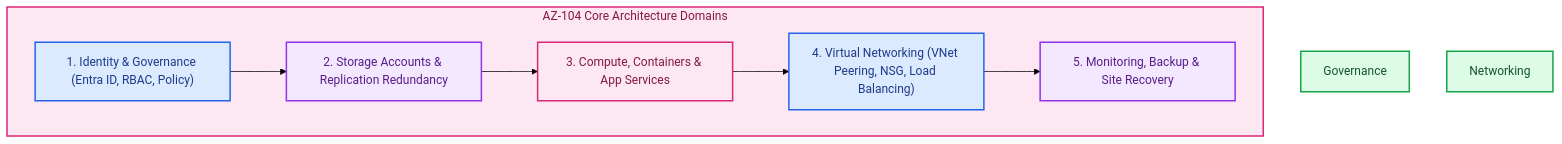
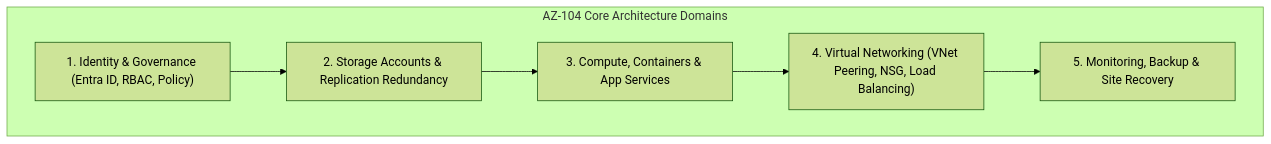
Before and after one commit to RobinaMirbahar/AZ-104-Microsoft-Azure-Administrator-Study-Guide: the diagram in README.md, drawn with Mermaid (forest theme).

Commit message:
docs: revert Mermaid color overrides for crisp native GitHub rendering and consolidate header

````diff
--- a/README.md
+++ b/README.md
@@ -33,19 +33,11 @@
 ```mermaid
 flowchart TD
     subgraph Domains ["AZ-104 Core Architecture Domains"]
         D1["1. Identity & Governance (Entra ID, RBAC, Policy)"]
         D2["2. Storage Accounts & Replication Redundancy"]
         D3["3. Compute, Containers & App Services"]
         D4["4. Virtual Networking (VNet Peering, NSG, Load Balancing)"]
         D5["5. Monitoring, Backup & Site Recovery"]
     end
     D1 --> D2 --> D3 --> D4 --> D5
-    style Domains fill:#fce7f3,stroke:#db2777,stroke-width:2px,color:#831843
-    style D1 fill:#dbeafe,stroke:#2563eb,stroke-width:2px,color:#1e3a8a
-    style Governance fill:#dcfce7,stroke:#16a34a,stroke-width:2px,color:#14532d
-    style D2 fill:#f3e8ff,stroke:#9333ea,stroke-width:2px,color:#581c87
-    style D3 fill:#fce7f3,stroke:#db2777,stroke-width:2px,color:#831843
-    style D4 fill:#dbeafe,stroke:#2563eb,stroke-width:2px,color:#1e3a8a
-    style Networking fill:#dcfce7,stroke:#16a34a,stroke-width:2px,color:#14532d
-    style D5 fill:#f3e8ff,stroke:#9333ea,stroke-width:2px,color:#581c87
 ```
````
